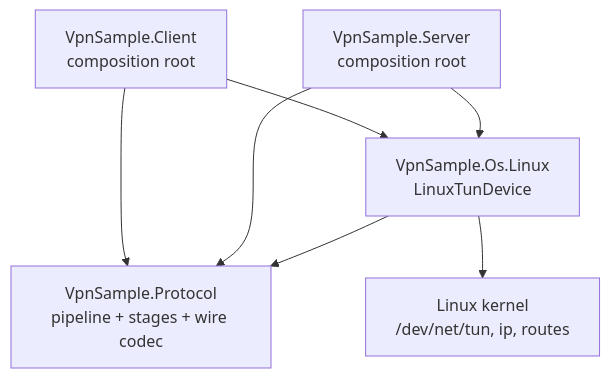
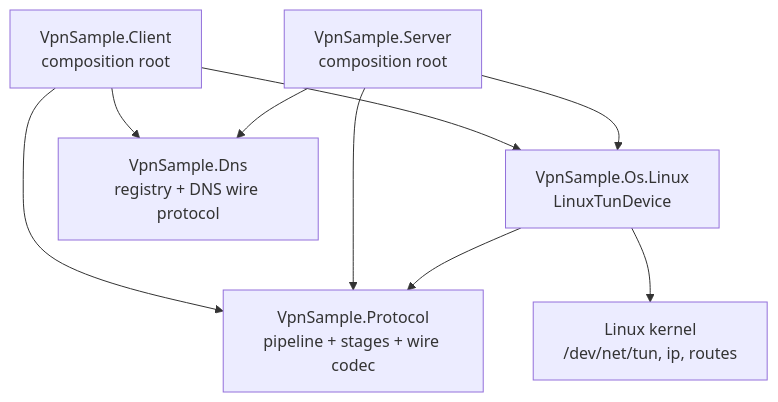
One commit to podkolzzzin/VPNSample changed the second of 7 diagrams in ARCHITECTURE.md. Above: the diagram before and after it, drawn with Mermaid. The commit also changed other lines of this file and 29 other files, not shown here.

````diff
--- a/ARCHITECTURE.md
+++ b/ARCHITECTURE.md
@@ -62,15 +68,18 @@
 ```mermaid
 flowchart TB
     Client[VpnSample.Client<br/>composition root]
     Server[VpnSample.Server<br/>composition root]
     Linux[VpnSample.Os.Linux<br/>LinuxTunDevice]
+    Dns[VpnSample.Dns<br/>registry + DNS wire protocol]
     Protocol[VpnSample.Protocol<br/>pipeline + stages + wire codec]
     Kernel[Linux kernel<br/>/dev/net/tun, ip, routes]
 
     Client --> Protocol
+    Client --> Dns
     Client --> Linux
     Server --> Protocol
+    Server --> Dns
     Server --> Linux
     Linux --> Protocol
     Linux --> Kernel
 ```
````
